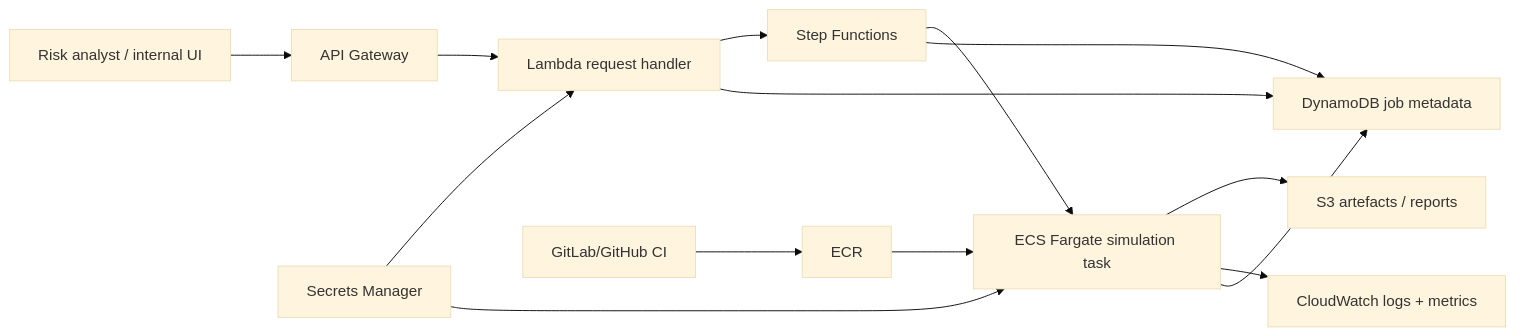
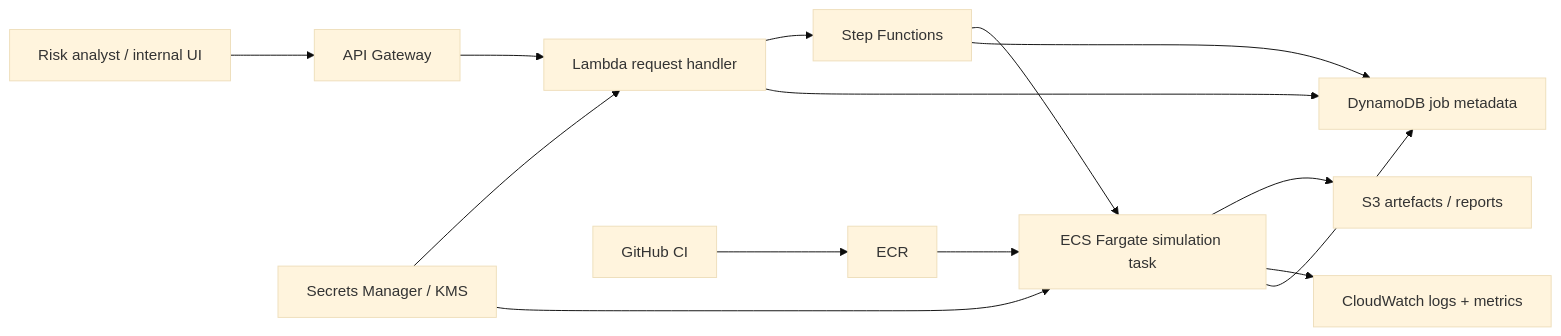
Before and after one commit to PCGstudent/scenario-core: the diagram in AWS_DESIGN.md, drawn with Mermaid (base theme). The commit also changed other lines of this file, not shown here.

````diff
--- a/AWS_DESIGN.md
+++ b/AWS_DESIGN.md
@@ -7,16 +7,16 @@
 ```mermaid
 flowchart LR
     A[Risk analyst / internal UI] --> B[API Gateway]
     B --> C[Lambda request handler]
     C --> D[Step Functions]
     D --> E[ECS Fargate simulation task]
     E --> F[S3 artefacts / reports]
     E --> G[CloudWatch logs + metrics]
     C --> H[DynamoDB job metadata]
     D --> H
     E --> H
-    I[GitLab/GitHub CI] --> J[ECR]
+    I[GitHub CI] --> J[ECR]
     J --> E
-    K[Secrets Manager] --> C
+    K[Secrets Manager / KMS] --> C
     K --> E
 ```
````
